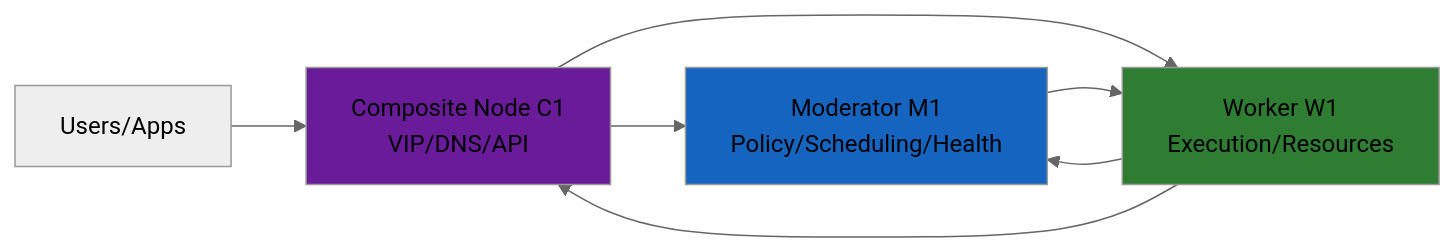
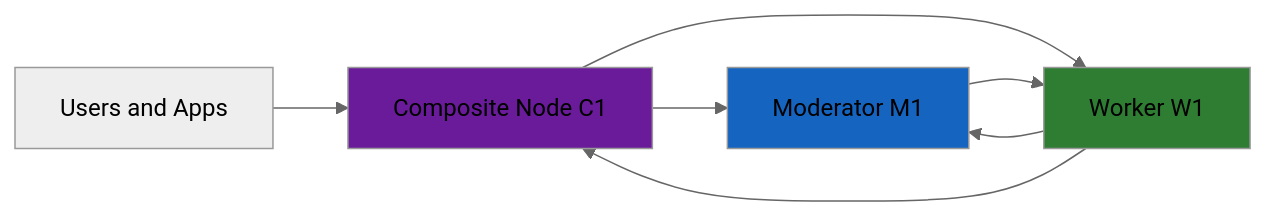
One commit to DonkRonk17/HCNA changed the diagram in docs/diagrams/mermaid/component.md. Above: the diagram before and after it, drawn with Mermaid (neutral theme).

Commit message:
Remove slashes and special chars from mermaid labels - final fix
- Slashes in 'Policy/Scheduling/Health' were causing parser errors
- Removed all special characters and multiline breaks
- Super simple labels that will definitely render on GitHub
- Kept color styling for visual distinction

````diff
--- a/docs/diagrams/mermaid/component.md
+++ b/docs/diagrams/mermaid/component.md
@@ -5,16 +5,13 @@
 ```mermaid
 graph LR
-    U[Users/Apps] --> C1
-
-    C1[Composite Node C1<br/>VIP/DNS/API] --> M1
+    U[Users and Apps] --> C1
+    C1[Composite Node C1] --> M1
     C1 --> W1
-
-    M1[Moderator M1<br/>Policy/Scheduling/Health] --> W1
-
-    W1[Worker W1<br/>Execution/Resources] --> M1
+    M1[Moderator M1] --> W1
+    W1[Worker W1] --> M1
     W1 --> C1
 
     style C1 fill:#6A1B9A
     style M1 fill:#1565C0
     style W1 fill:#2E7D32
 ```
````
